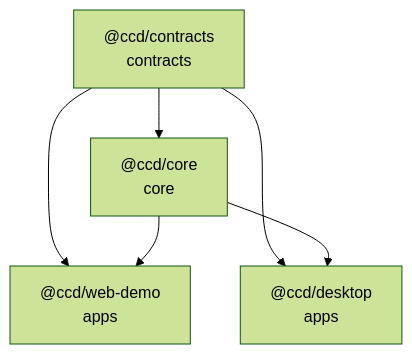
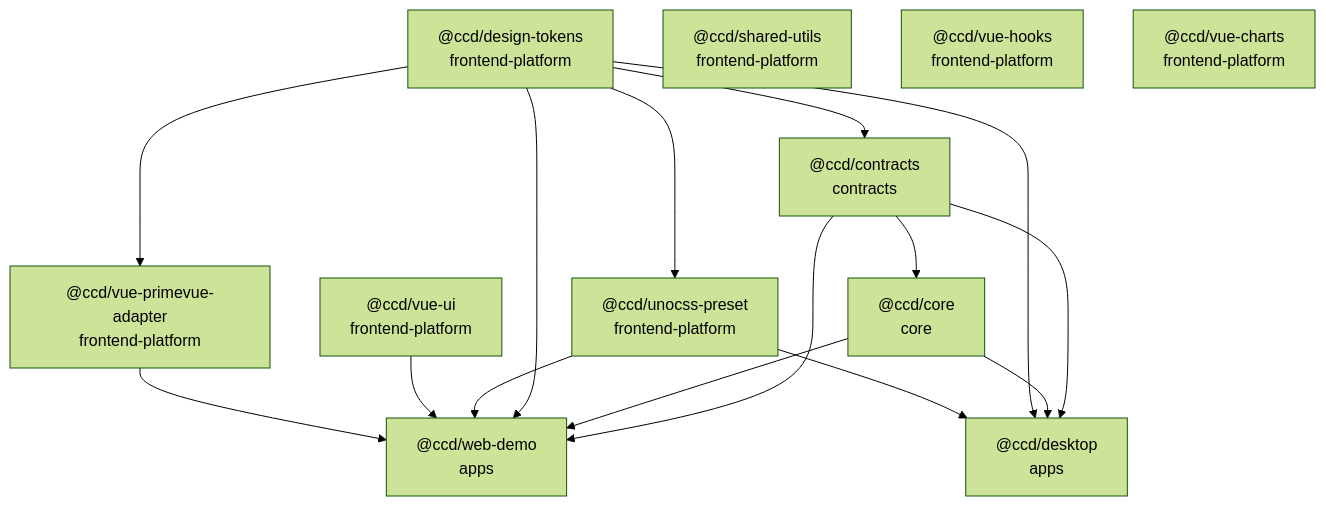
Before and after one commit to ichichuang/ccd: the diagram in docs/generated/graphs/package-dependency-graph.mmd, drawn with Mermaid (forest theme). The commit also changed 943 other files, not shown here.

```diff
--- a/docs/generated/graphs/package-dependency-graph.mmd
+++ b/docs/generated/graphs/package-dependency-graph.mmd
@@ -1,10 +1,26 @@
 graph TD
   ccd_contracts["@ccd/contracts<br/>contracts"]
+  ccd_design_tokens --> ccd_contracts
   ccd_core["@ccd/core<br/>core"]
   ccd_contracts --> ccd_core
+  ccd_design_tokens["@ccd/design-tokens<br/>frontend-platform"]
+  ccd_unocss_preset["@ccd/unocss-preset<br/>frontend-platform"]
+  ccd_design_tokens --> ccd_unocss_preset
+  ccd_shared_utils["@ccd/shared-utils<br/>frontend-platform"]
+  ccd_vue_hooks["@ccd/vue-hooks<br/>frontend-platform"]
+  ccd_vue_ui["@ccd/vue-ui<br/>frontend-platform"]
+  ccd_vue_primevue_adapter["@ccd/vue-primevue-adapter<br/>frontend-platform"]
+  ccd_design_tokens --> ccd_vue_primevue_adapter
+  ccd_vue_charts["@ccd/vue-charts<br/>frontend-platform"]
   ccd_web_demo["@ccd/web-demo<br/>apps"]
   ccd_contracts --> ccd_web_demo
   ccd_core --> ccd_web_demo
+  ccd_design_tokens --> ccd_web_demo
+  ccd_unocss_preset --> ccd_web_demo
+  ccd_vue_ui --> ccd_web_demo
+  ccd_vue_primevue_adapter --> ccd_web_demo
   ccd_desktop["@ccd/desktop<br/>apps"]
   ccd_contracts --> ccd_desktop
   ccd_core --> ccd_desktop
+  ccd_design_tokens --> ccd_desktop
+  ccd_unocss_preset --> ccd_desktop
```
